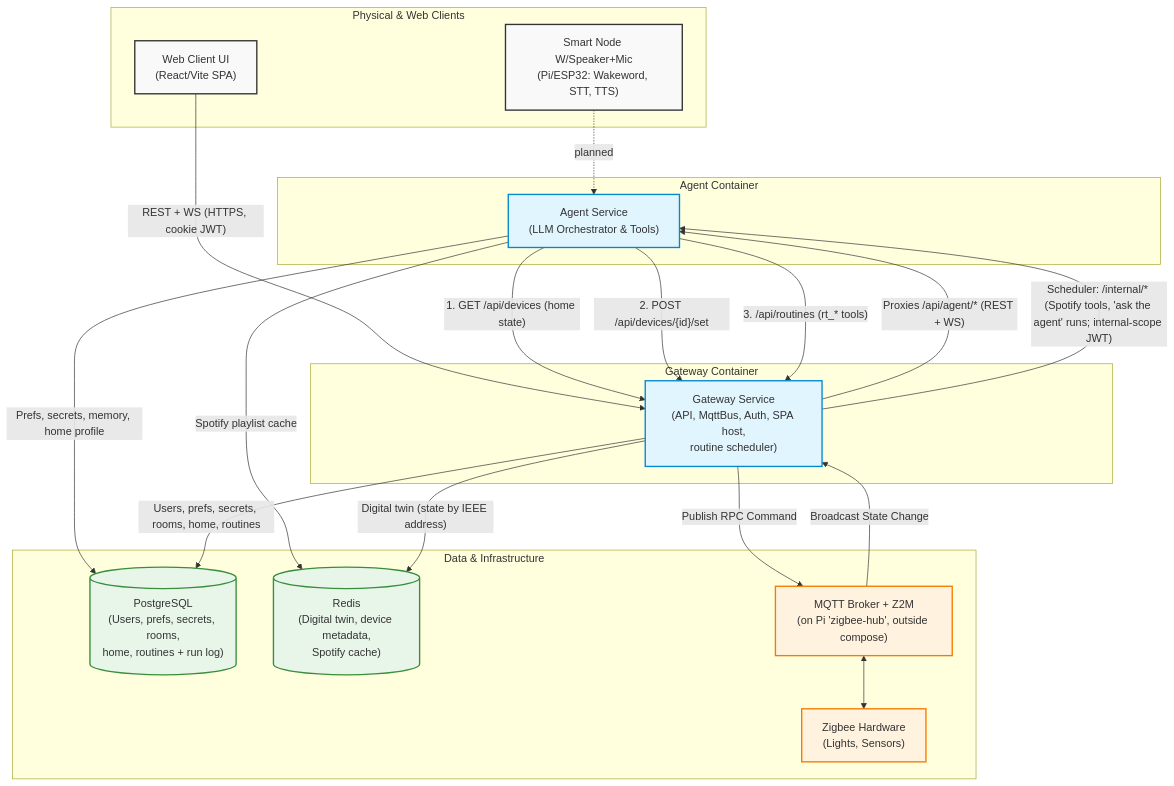
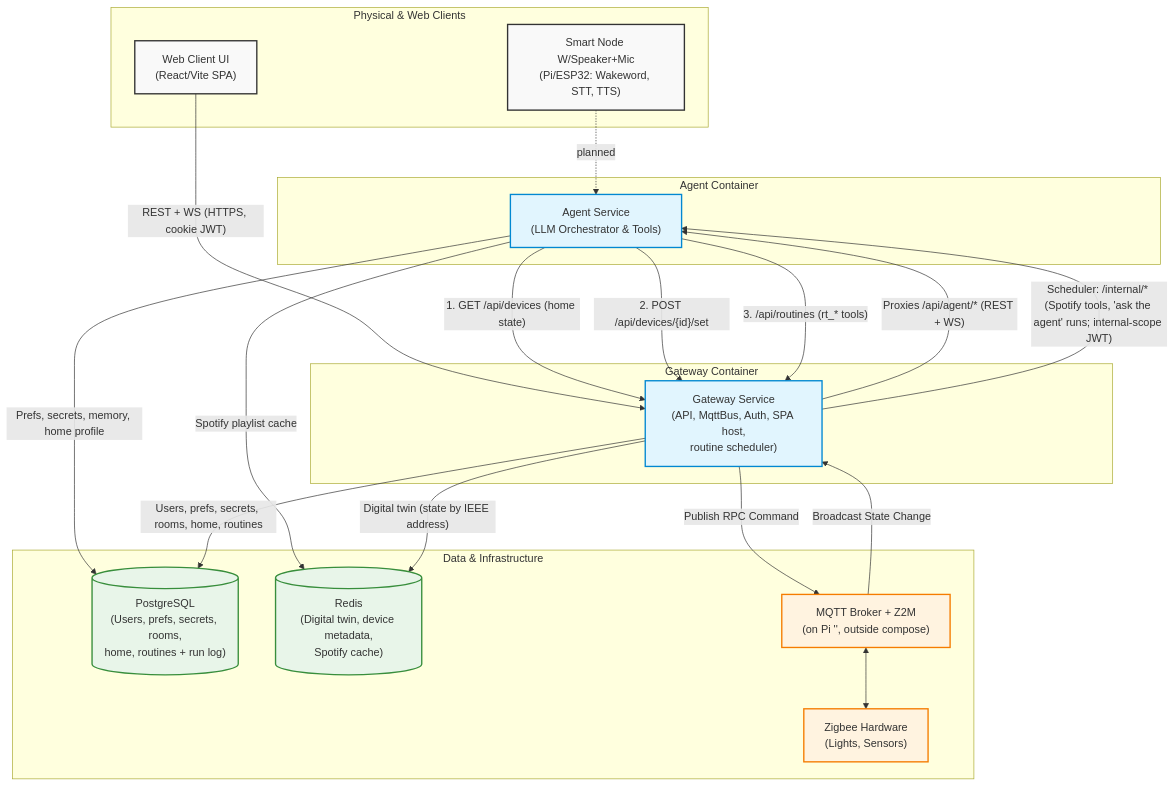
The diagram in docs/architecture.md (Aidanwa/smart-home-os), drawn with Mermaid before and after one commit. The commit also changed 11 other files, not shown here.

````diff
--- a/docs/architecture.md
+++ b/docs/architecture.md
@@ -2,59 +2,59 @@
 ```mermaid
 flowchart TD
     %% Edge and UI
     subgraph Clients["Physical & Web Clients"]
         Edge["Smart Node W/Speaker+Mic<br/>(Pi/ESP32: Wakeword, STT, TTS)"]
         UI["Web Client UI<br/>(React/Vite SPA)"]
     end
 
     %% Agent Service
     subgraph AgentContainer["Agent Container"]
         Agent["Agent Service<br/>(LLM Orchestrator & Tools)"]
     end
 
     %% Gateway Service
     subgraph GatewayContainer["Gateway Container"]
         Gateway["Gateway Service<br/>(API, MqttBus, Auth, SPA host,<br/>routine scheduler)"]
     end
 
     %% Data & Infra
     subgraph Infrastructure["Data & Infrastructure"]
         Postgres[("PostgreSQL<br/>(Users, prefs, secrets, rooms,<br/>home, routines + run log)")]
         Redis[("Redis<br/>(Digital twin, device metadata,<br/>Spotify cache)")]
-        MQTT["MQTT Broker + Z2M<br/>(on Pi 'zigbee-hub', outside compose)"]
+        MQTT["MQTT Broker + Z2M<br/>(on Pi '<pi-host>', outside compose)"]
         Hardware["Zigbee Hardware<br/>(Lights, Sensors)"]
     end
 
     %% Flow: Edge/UI to Agent (edge node is planned, not built yet)
     Edge -. "planned" .-> Agent
     UI -- "REST + WS (HTTPS, cookie JWT)" --> Gateway
     Gateway -- "Proxies /api/agent/* (REST + WS)" --> Agent
     Gateway -- "Scheduler: /internal/* (Spotify tools, 'ask the agent' runs; internal-scope JWT)" --> Agent
 
     %% Flow: Agent to Gateway (agent mints a short-lived JWT for the user)
     Agent -- "1. GET /api/devices (home state)" --> Gateway
     Agent -- "2. POST /api/devices/{id}/set" --> Gateway
     Agent -- "3. /api/routines (rt_* tools)" --> Gateway
     Agent -- "Prefs, secrets, memory, home profile" --> Postgres
     Agent -- "Spotify playlist cache" --> Redis
 
     %% Flow: Gateway to Data
     Gateway -- "Users, prefs, secrets, rooms, home, routines" --> Postgres
     Gateway -- "Digital twin (state by IEEE address)" --> Redis
 
     %% Flow: Gateway to Hardware
     Gateway -- "Publish RPC Command" --> MQTT
     MQTT -- "Broadcast State Change" --> Gateway
     MQTT <--> Hardware
 
     %% Styling
     classDef client fill:#f9f9f9,stroke:#333,stroke-width:2px;
     classDef service fill:#e1f5fe,stroke:#0288d1,stroke-width:2px;
     classDef db fill:#e8f5e9,stroke:#388e3c,stroke-width:2px;
     classDef broker fill:#fff3e0,stroke:#f57c00,stroke-width:2px;
     
     class Edge,UI client;
     class Agent,Gateway service;
     class Postgres,Redis db;
     class MQTT,Hardware broker;
 ```
````
